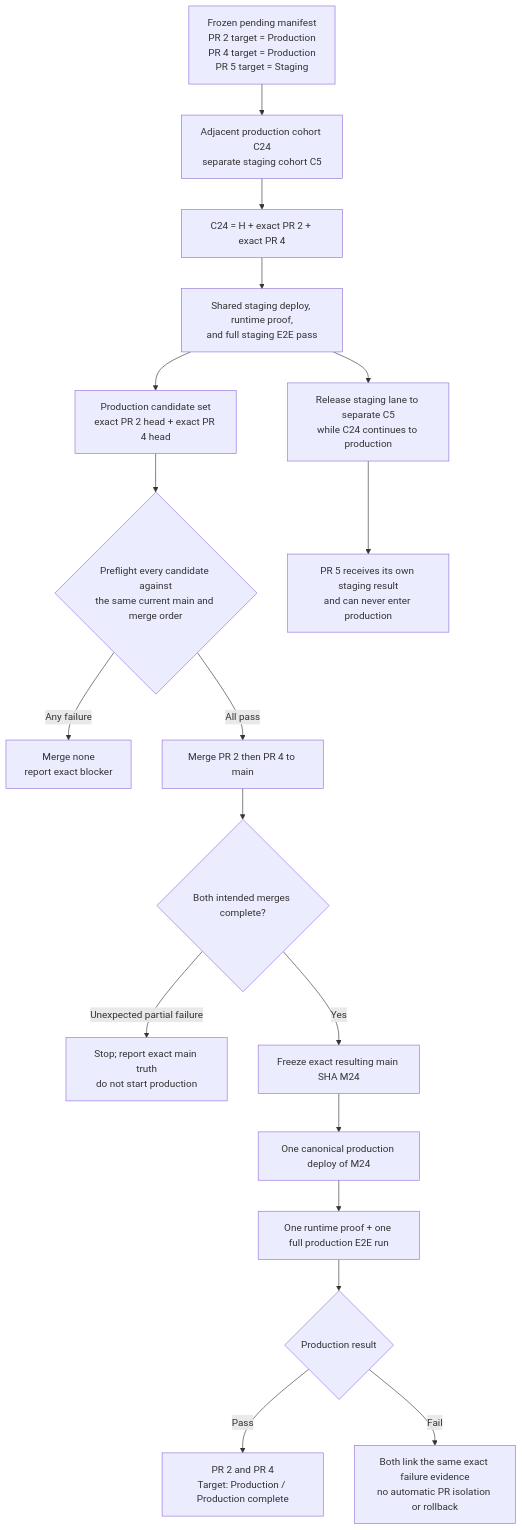
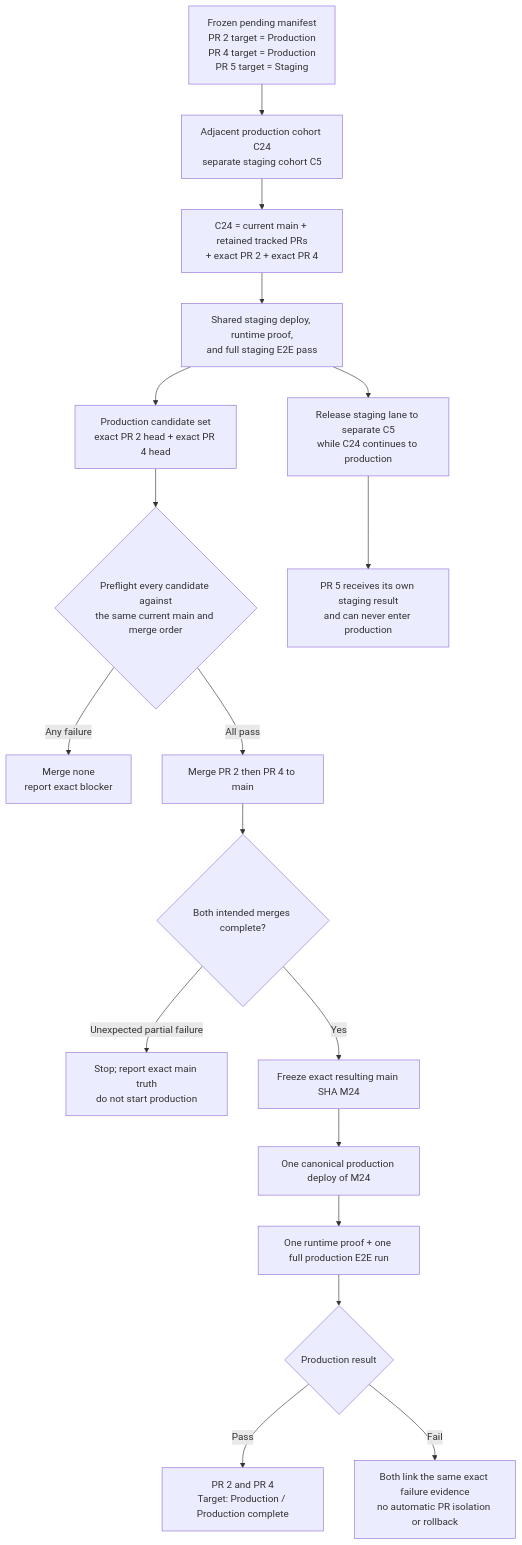
The second of 2 diagrams in docs/frontend/flows/04-mixed-targets-and-production-batching.md (6529-Collections/deploy-hub), drawn with Mermaid before and after one commit. The commit also changed other lines of this file and 11 other files, not shown here.

````diff
--- a/docs/frontend/flows/04-mixed-targets-and-production-batching.md
+++ b/docs/frontend/flows/04-mixed-targets-and-production-batching.md
@@ -33,20 +33,20 @@
 ```mermaid
 flowchart TD
     A["Frozen pending manifest<br/>PR 2 target = Production<br/>PR 4 target = Production<br/>PR 5 target = Staging"] --> B["Adjacent production cohort C24<br/>separate staging cohort C5"]
-    B --> C["C24 = H + exact PR 2 + exact PR 4"]
+    B --> C["C24 = current main + retained tracked PRs<br/>+ exact PR 2 + exact PR 4"]
     C --> D["Shared staging deploy, runtime proof,<br/>and full staging E2E pass"]
     D --> E["Production candidate set<br/>exact PR 2 head + exact PR 4 head"]
     E --> F{"Preflight every candidate against<br/>the same current main and merge order"}
     F -- "Any failure" --> G["Merge none<br/>report exact blocker"]
     F -- "All pass" --> H["Merge PR 2 then PR 4 to main"]
     H --> I{"Both intended merges complete?"}
     I -- "Unexpected partial failure" --> J["Stop; report exact main truth<br/>do not start production"]
     I -- "Yes" --> K["Freeze exact resulting main SHA M24"]
     K --> L["One canonical production deploy of M24"]
     L --> M["One runtime proof + one full production E2E run"]
     M --> N{"Production result"}
     N -- "Pass" --> O["PR 2 and PR 4<br/>Target: Production / Production complete"]
     N -- "Fail" --> P["Both link the same exact failure evidence<br/>no automatic PR isolation or rollback"]
     D --> Q["Release staging lane to separate C5<br/>while C24 continues to production"]
     Q --> R["PR 5 receives its own staging result<br/>and can never enter production"]
 ```
````
